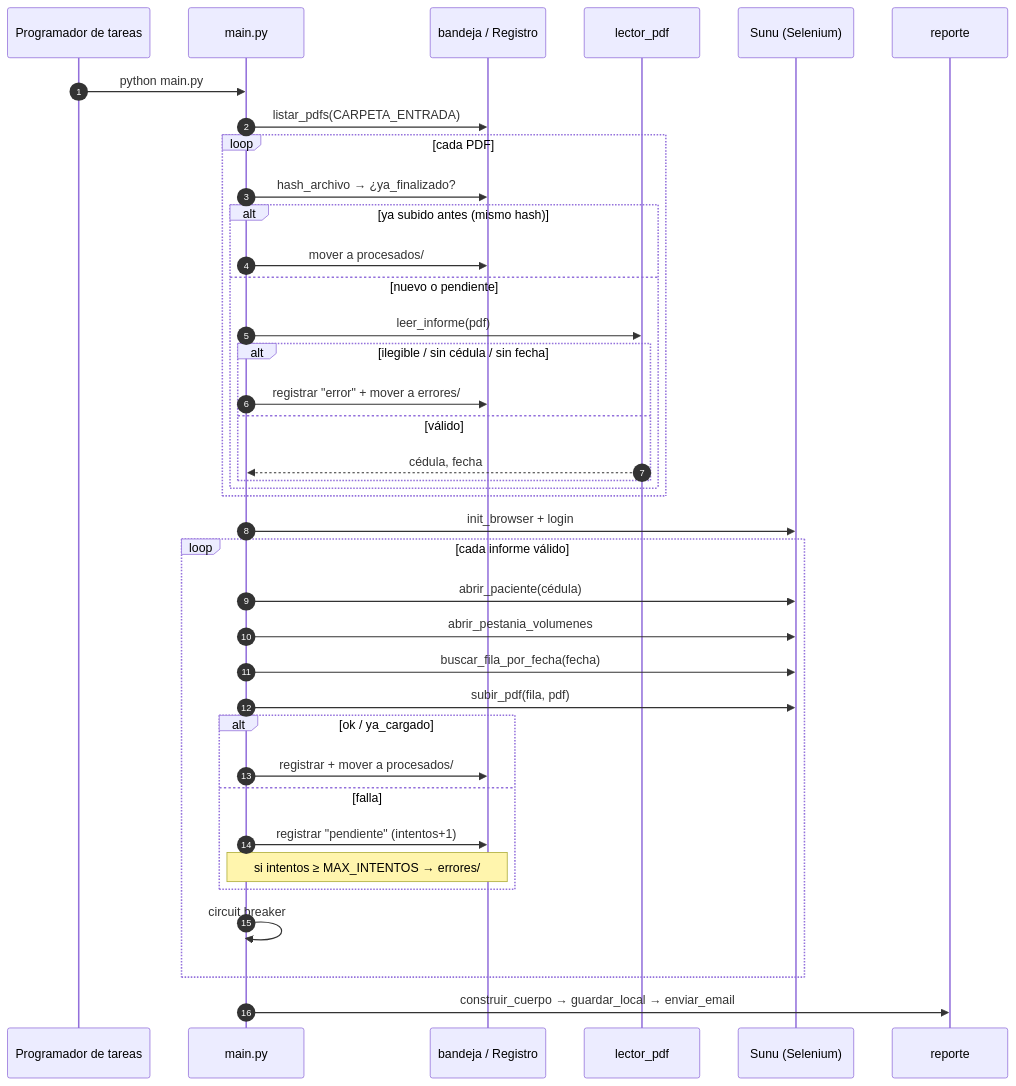
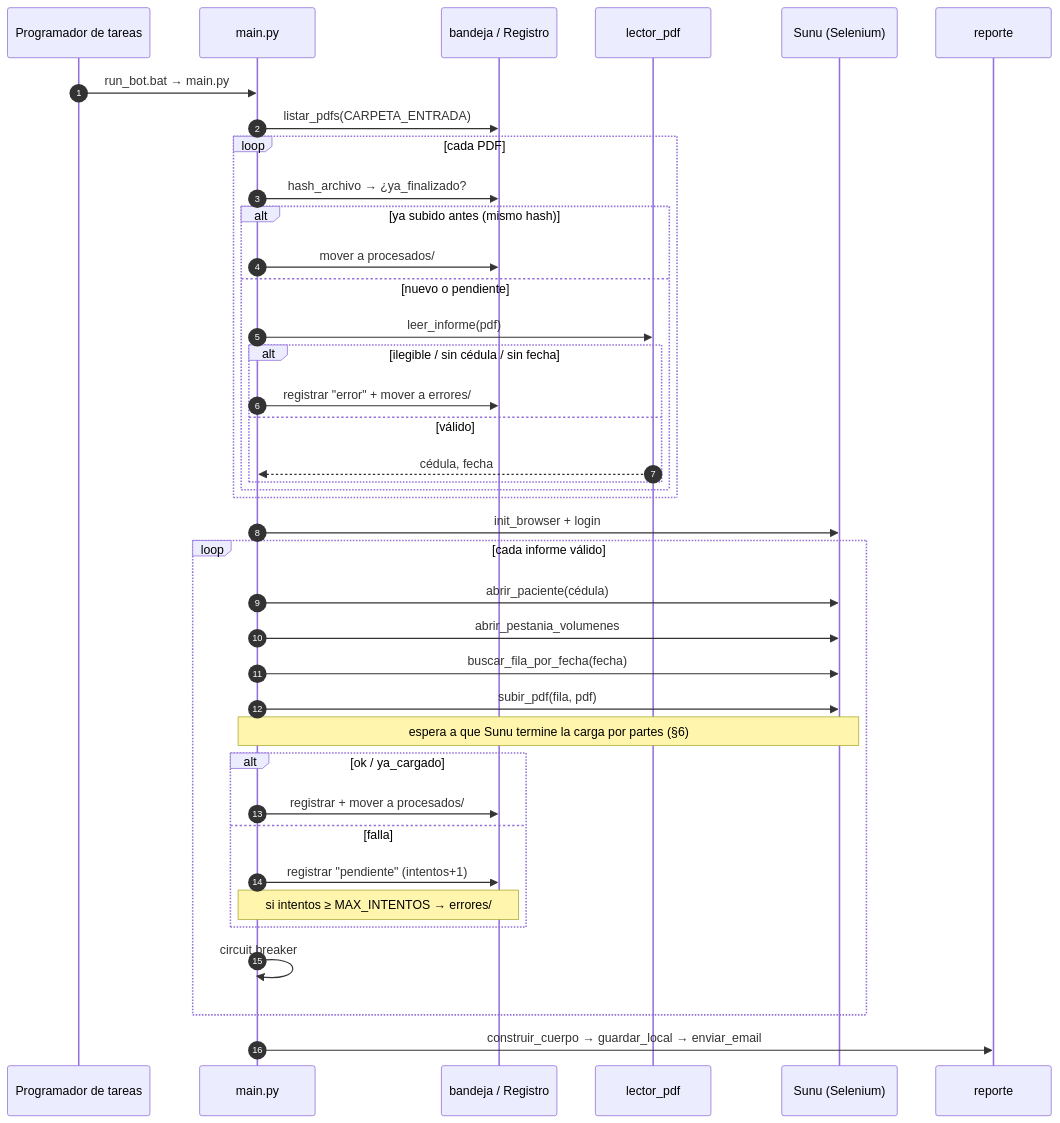
The third of 4 diagrams in docs/ARQUITECTURA.md (SebastianMH14/bot_volumenes_pulmonares), drawn with Mermaid before and after one commit. The commit also changed other lines of this file and 1 other file, not shown here.

````diff
--- a/docs/ARQUITECTURA.md
+++ b/docs/ARQUITECTURA.md
@@ -65,41 +66,42 @@
 ```mermaid
 sequenceDiagram
     autonumber
     participant TS as Programador de tareas
     participant M as main.py
     participant B as bandeja / Registro
     participant L as lector_pdf
     participant S as Sunu (Selenium)
     participant R as reporte
 
-    TS->>M: python main.py
+    TS->>M: run_bot.bat → main.py
     M->>B: listar_pdfs(CARPETA_ENTRADA)
     loop cada PDF
         M->>B: hash_archivo → ¿ya_finalizado?
         alt ya subido antes (mismo hash)
             M->>B: mover a procesados/
         else nuevo o pendiente
             M->>L: leer_informe(pdf)
             alt ilegible / sin cédula / sin fecha
                 M->>B: registrar "error" + mover a errores/
             else válido
                 L-->>M: cédula, fecha
             end
         end
     end
     M->>S: init_browser + login
     loop cada informe válido
         M->>S: abrir_paciente(cédula)
         M->>S: abrir_pestania_volumenes
         M->>S: buscar_fila_por_fecha(fecha)
         M->>S: subir_pdf(fila, pdf)
+        Note over M,S: espera a que Sunu termine la carga por partes (§6)
         alt ok / ya_cargado
             M->>B: registrar + mover a procesados/
         else falla
             M->>B: registrar "pendiente" (intentos+1)
             Note over M,B: si intentos ≥ MAX_INTENTOS → errores/
         end
         M->>M: circuit breaker
     end
     M->>R: construir_cuerpo → guardar_local → enviar_email
 ```
````
